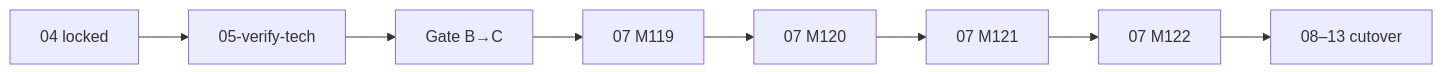
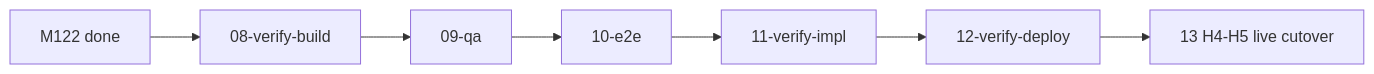
The fourth of 4 diagrams in docs/sessions/S027-multilingual-embeddings/roadmap.md (Math-Data-Justice-Collaborative/vecinita), drawn with Mermaid before and after one commit. The commit also changed other lines of this file and 2 other files, not shown here.

Commit message:
[T122.3] docs: Phase 28 gate checklist + #159 closeout notes

````diff
--- a/docs/sessions/S027-multilingual-embeddings/roadmap.md
+++ b/docs/sessions/S027-multilingual-embeddings/roadmap.md
@@ -61,10 +61,9 @@
 ```mermaid
 flowchart LR
-  tp[04 locked] --> v05[05-verify-tech]
-  v05 --> gbc[Gate B→C]
-  gbc --> b119[07 M119]
-  b119 --> b120[07 M120]
-  b120 --> b121[07 M121]
-  b121 --> b122[07 M122]
-  b122 --> ver[08–13 cutover]
+  m122[M122 done] --> v08[08-verify-build]
+  v08 --> d09[09-qa]
+  d09 --> e10[10-e2e]
+  e10 --> v11[11-verify-impl]
+  v11 --> d12[12-verify-deploy]
+  d12 --> s13[13 H4-H5 live cutover]
 ```
````
